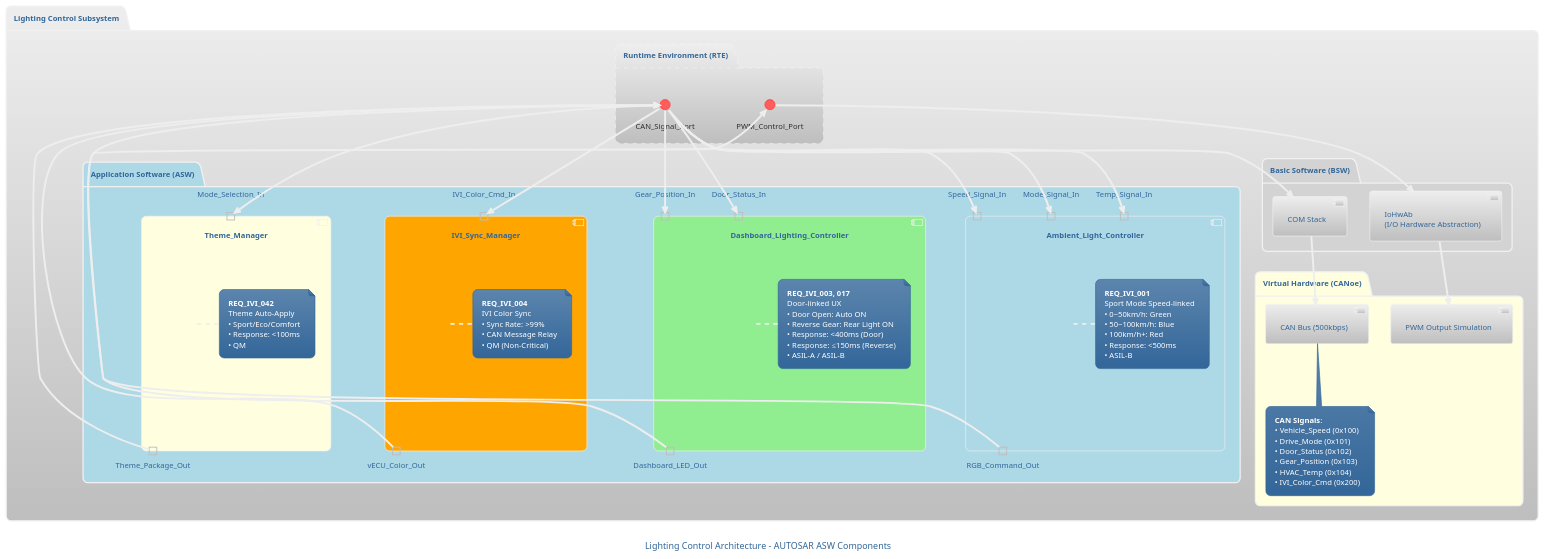
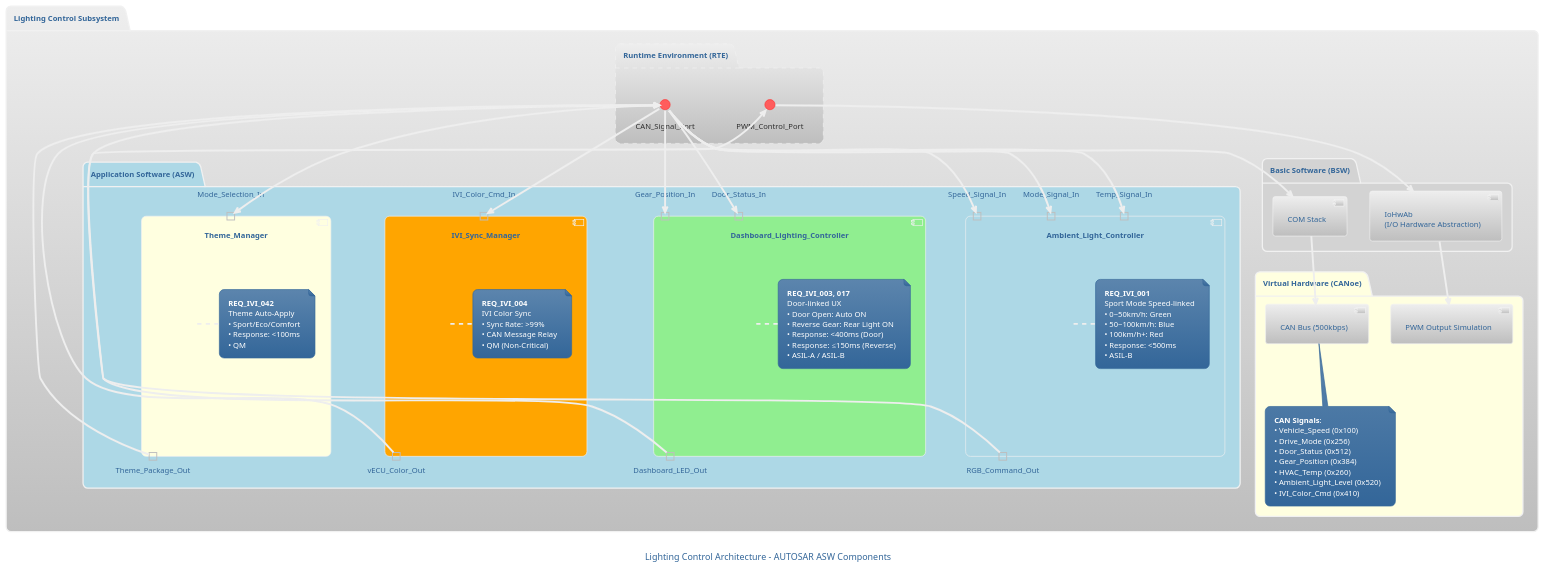
The first of 4 diagrams in architecture/system-architecture/diagrams/docs/lighting_control_architecture.md (VectorCANoe/canoe-driving-alert), drawn with PlantUML before and after one commit. The commit also changed other lines of this file and 40 other files, not shown here.

First line of the commit message:
feat: Update Level 1-4 architecture diagrams with new ECUs and sensors

```diff
--- a/architecture/system-architecture/diagrams/docs/lighting_control_architecture.md
+++ b/architecture/system-architecture/diagrams/docs/lighting_control_architecture.md
@@ -120,11 +123,12 @@
         note bottom of CAN
             **CAN Signals**:
             • Vehicle_Speed (0x100)
-            • Drive_Mode (0x101)
-            • Door_Status (0x102)
-            • Gear_Position (0x103)
-            • HVAC_Temp (0x104)
-            • IVI_Color_Cmd (0x200)
+            • Drive_Mode (0x256)
+            • Door_Status (0x512)
+            • Gear_Position (0x384)
+            • HVAC_Temp (0x260)
+            • Ambient_Light_Level (0x520)
+            • IVI_Color_Cmd (0x410)
         end note
     }
 }
```
